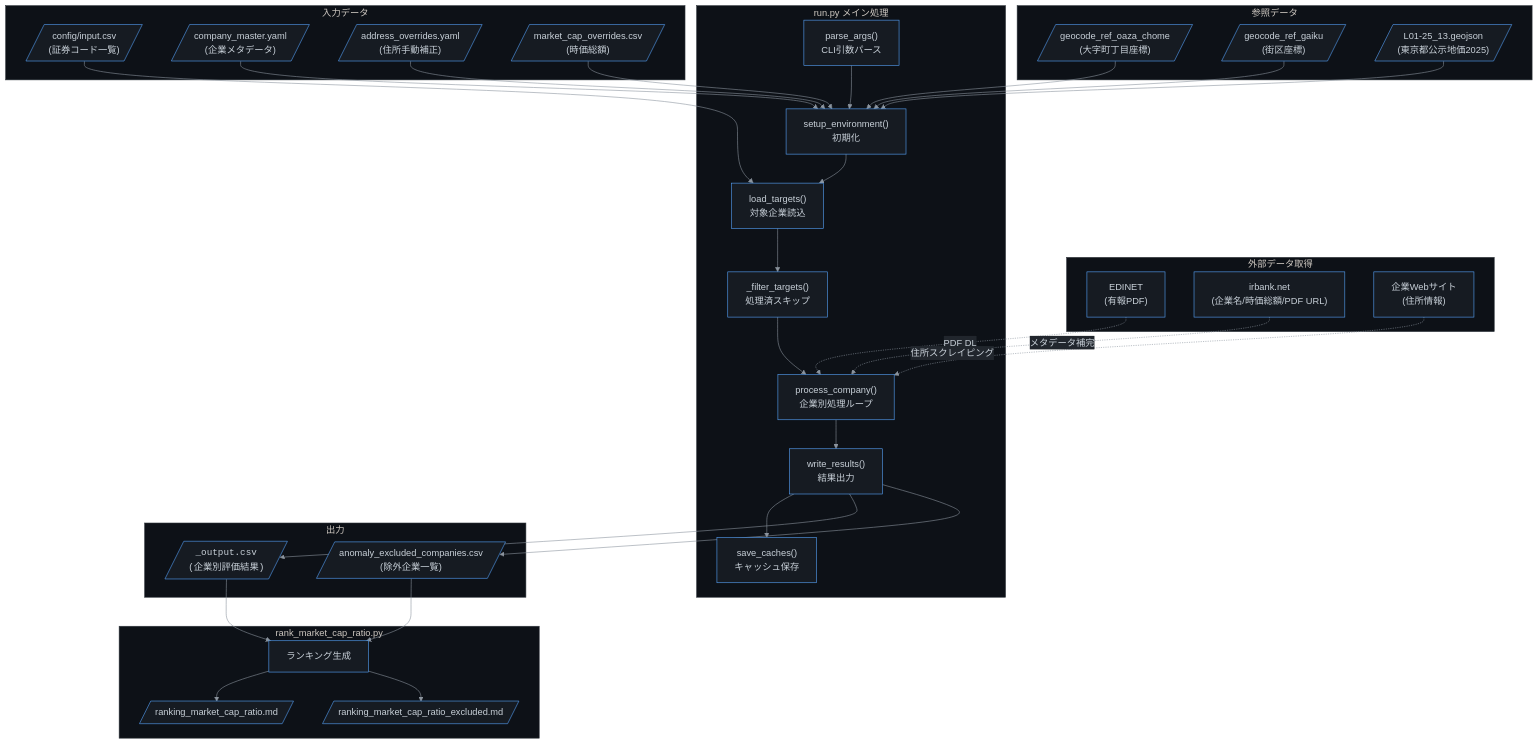
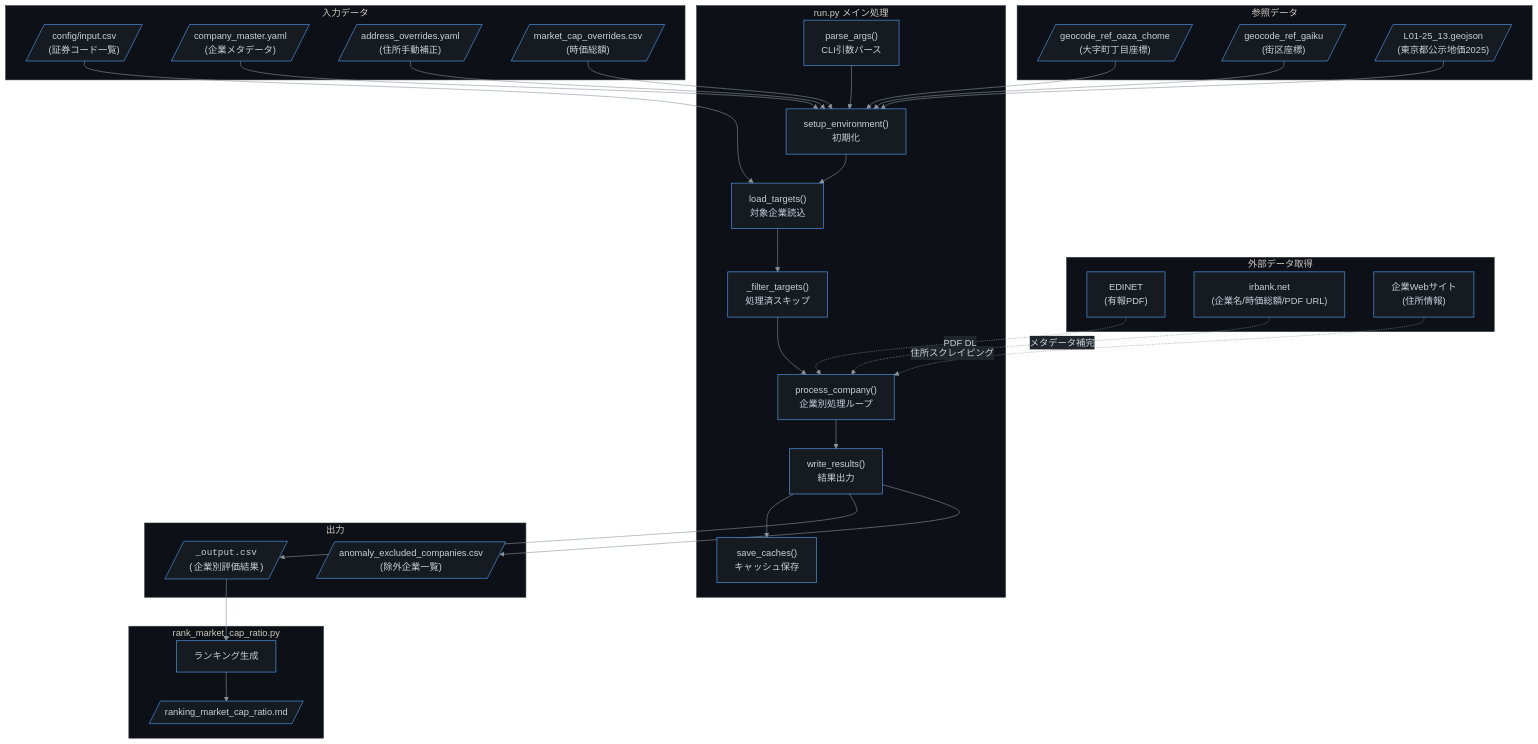
One commit to expgolemclone/land_value_research changed the first of 12 diagrams in docs/ARCHITECTURE.md. Above: the diagram before and after it, drawn with Mermaid. The commit also changed other lines of this file and 5 other files, not shown here.

````diff
--- a/docs/ARCHITECTURE.md
+++ b/docs/ARCHITECTURE.md
@@ -9,64 +9,61 @@
 ```mermaid
 %%{init: {"theme":"base","themeVariables":{"background":"#0d1117","primaryColor":"#161b22","primaryTextColor":"#c9d1d9","primaryBorderColor":"#58a6ff","secondaryColor":"#21262d","tertiaryColor":"#30363d","lineColor":"#8b949e","clusterBkg":"#0d1117","clusterBorder":"#30363d"}}}%%
 flowchart TB
     subgraph INPUT["入力データ"]
         CSV[/"config/input.csv<br>(証券コード一覧)"/]
         YAML1[/"company_master.yaml<br>(企業メタデータ)"/]
         YAML2[/"address_overrides.yaml<br>(住所手動補正)"/]
         MCAP[/"market_cap_overrides.csv<br>(時価総額)"/]
     end
 
     subgraph REF["参照データ"]
         GEO_OAZA[/"geocode_ref_oaza_chome<br>(大字町丁目座標)"/]
         GEO_GAIKU[/"geocode_ref_gaiku<br>(街区座標)"/]
         LANDPRICE[/"L01-25_13.geojson<br>(東京都公示地価2025)"/]
     end
 
     subgraph EXTERNAL["外部データ取得"]
         EDINET["EDINET<br>(有報PDF)"]
         IRBANK["irbank.net<br>(企業名/時価総額/PDF URL)"]
         WEB["企業Webサイト<br>(住所情報)"]
     end
 
     subgraph MAIN["run.py メイン処理"]
         PARSE["parse_args()<br>CLI引数パース"]
         SETUP["setup_environment()<br>初期化"]
         LOAD["load_targets()<br>対象企業読込"]
         FILTER["_filter_targets()<br>処理済スキップ"]
         LOOP["process_company()<br>企業別処理ループ"]
         WRITE["write_results()<br>結果出力"]
         SAVE["save_caches()<br>キャッシュ保存"]
     end
 
     subgraph OUTPUT["出力"]
         OUT_CSV[/"<code>_output.csv<br>(企業別評価結果)"/]
         EXCL_CSV[/"anomaly_excluded_companies.csv<br>(除外企業一覧)"/]
     end
 
     subgraph RANK["rank_market_cap_ratio.py"]
         RANK_PROC["ランキング生成"]
         RANK_MD[/"ranking_market_cap_ratio.md"/]
-        EXCL_MD[/"ranking_market_cap_ratio_excluded.md"/]
     end
 
     CSV --> LOAD
     YAML1 --> SETUP
     YAML2 --> SETUP
     MCAP --> SETUP
     GEO_OAZA --> SETUP
     GEO_GAIKU --> SETUP
     LANDPRICE --> SETUP
 
     EDINET -.->|PDF DL| LOOP
     IRBANK -.->|メタデータ補完| LOOP
     WEB -.->|住所スクレイピング| LOOP
 
     PARSE --> SETUP --> LOAD --> FILTER --> LOOP --> WRITE --> SAVE
     WRITE --> OUT_CSV
     WRITE --> EXCL_CSV
 
     OUT_CSV --> RANK_PROC
-    EXCL_CSV --> RANK_PROC
     RANK_PROC --> RANK_MD
-    RANK_PROC --> EXCL_MD
 ```
````
